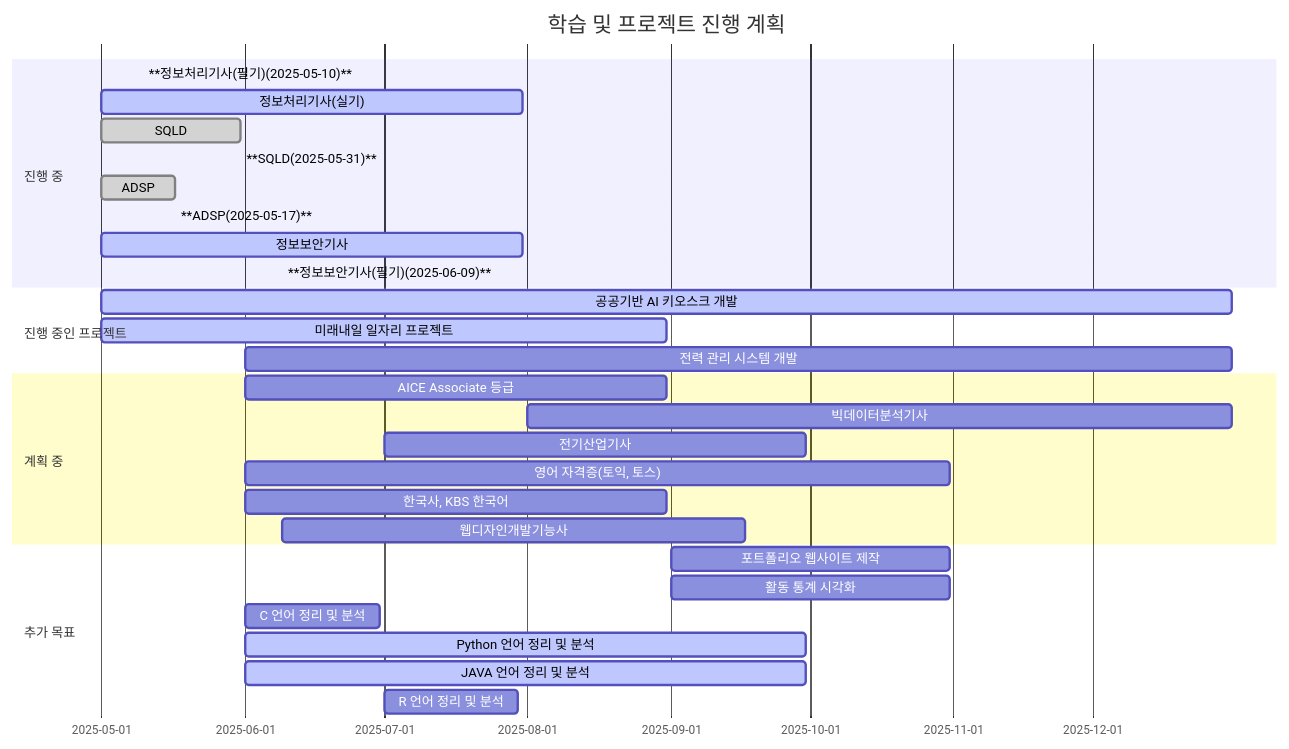
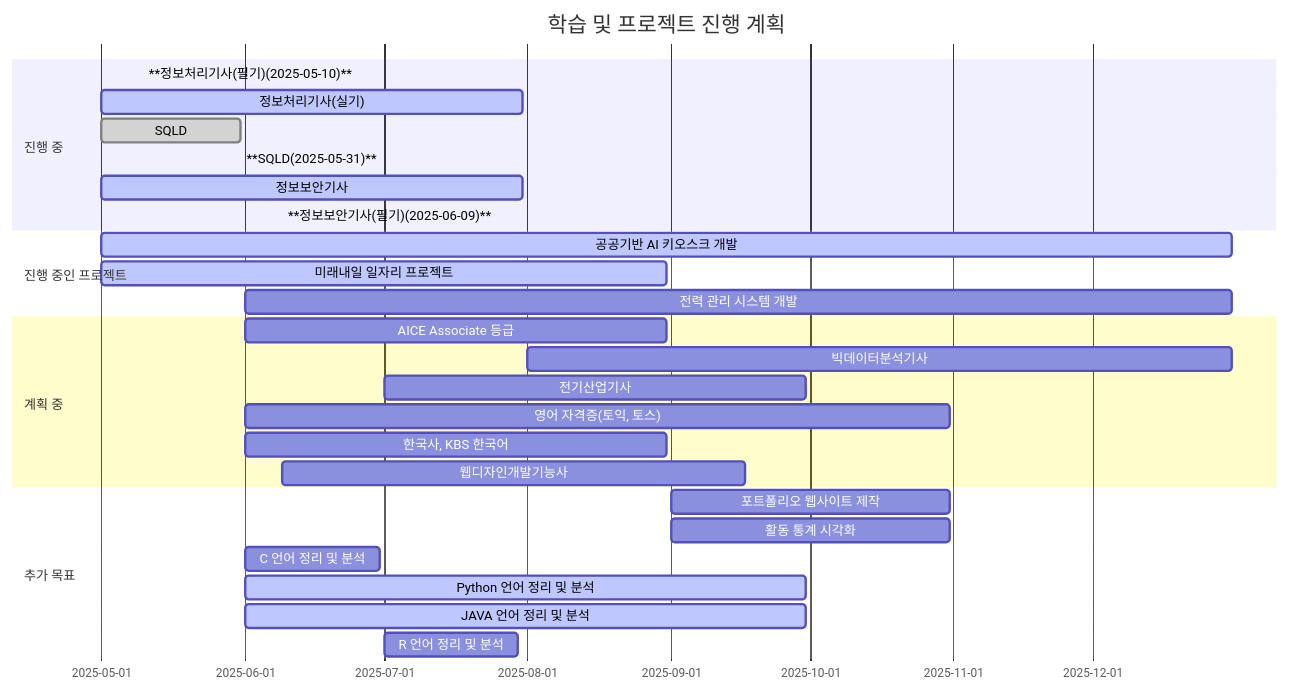
Before and after one commit to skwjdgh/skwjdgh: the diagram in README.md, drawn with Mermaid.

````diff
--- a/README.md
+++ b/README.md
@@ -192,37 +192,35 @@
 ```mermaid
 gantt
   title 학습 및 프로젝트 진행 계획
   dateFormat  YYYY-MM-DD
 
   section 진행 중
   **정보처리기사(필기)(2025-05-10)**       :done, 2025-05-10, 2025-05-10
   정보처리기사(실기)                       :active, 2025-05-01, 2025-07-31
   SQLD                                    :done, 2025-05-01, 2025-05-31
   **SQLD(2025-05-31)**                    :done, 2025-05-31, 2025-05-31
-  ADSP                                    :done, 2025-05-01, 2025-05-17
-  **ADSP(2025-05-17)**                    :done, 2025-05-17, 2025-05-17
   정보보안기사                             :active, 2025-05-01, 2025-07-31
   **정보보안기사(필기)(2025-06-09)**                    :active, 2025-06-09, 2025-06-09
 
   section 진행 중인 프로젝트
   공공기반 AI 키오스크 개발                 :active, 2025-05-01, 2025-12-31
   미래내일 일자리 프로젝트                   :active, 2025-05-01, 2025-08-31
   전력 관리 시스템 개발                     :planned, 2025-06-01, 2025-12-31
 
   section 계획 중
   AICE Associate 등급                     :planned, 2025-06-01, 2025-08-31
   빅데이터분석기사                          :planned, 2025-08-01, 2025-12-31
   전기산업기사                             :planned, 2025-07-01, 2025-09-30
   영어 자격증(토익, 토스)                   :planned, 2025-06-01, 2025-10-31
   한국사, KBS 한국어                        :planned, 2025-06-01, 2025-08-31
   웹디자인개발기능사                        :planned, 2025-06-09, 2025-09-17
 
   section 추가 목표
   포트폴리오 웹사이트 제작                  :planned, 2025-09-01, 2025-10-31
   활동 통계 시각화                          :planned, 2025-09-01, 2025-10-31
   C 언어 정리 및 분석                      :planned, 2025-06-01, 2025-06-30
   Python 언어 정리 및 분석                 :active, 2025-06-01, 2025-09-30
   JAVA 언어 정리 및 분석                   :active, 2025-06-01, 2025-09-30
   R 언어 정리 및 분석                      :planned, 2025-07-01, 2025-07-30
 
 ```
````
